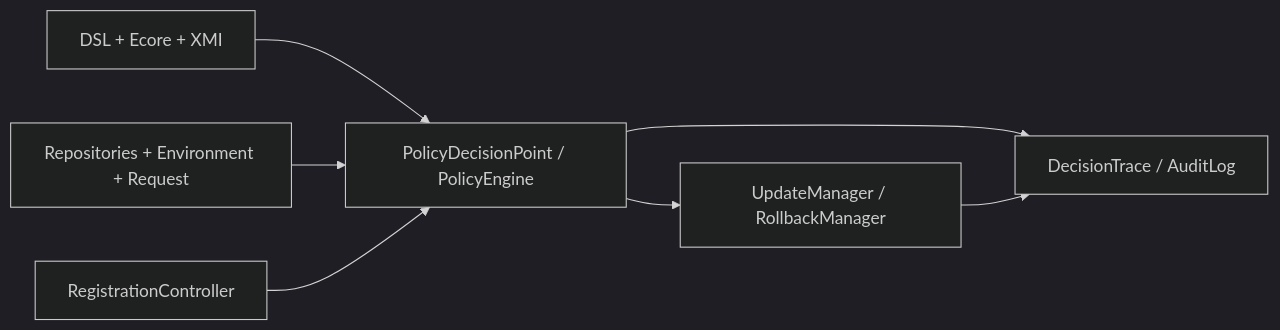
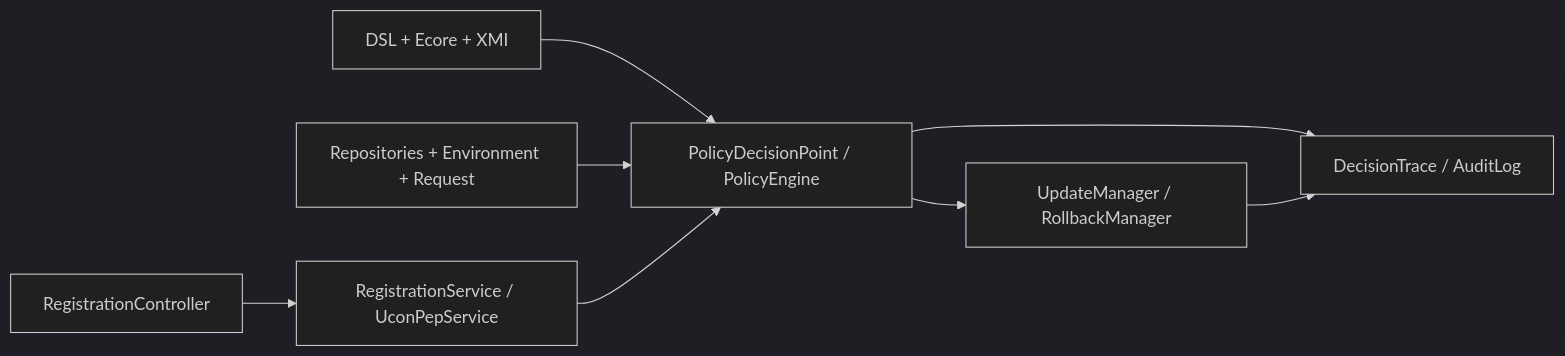
One commit to qvinhh2312/uconkma changed the diagram in README.md. Above: the diagram before and after it, drawn with Mermaid (dark theme). The commit also changed other lines of this file and 27 other files, not shown here.

````diff
--- a/README.md
+++ b/README.md
@@ -44,9 +44,10 @@
 ```mermaid
 flowchart LR
     PAP[DSL + Ecore + XMI] --> PDP[PolicyDecisionPoint / PolicyEngine]
     PIP[Repositories + Environment + Request] --> PDP
-    PEP[RegistrationController] --> PDP
+    API[RegistrationController] --> PEP[RegistrationService / UconPepService]
+    PEP --> PDP
     PDP --> UPD[UpdateManager / RollbackManager]
     PDP --> TRACE[DecisionTrace / AuditLog]
     UPD --> TRACE
 ```
````
